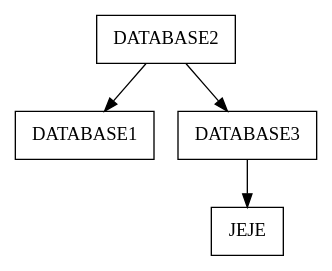
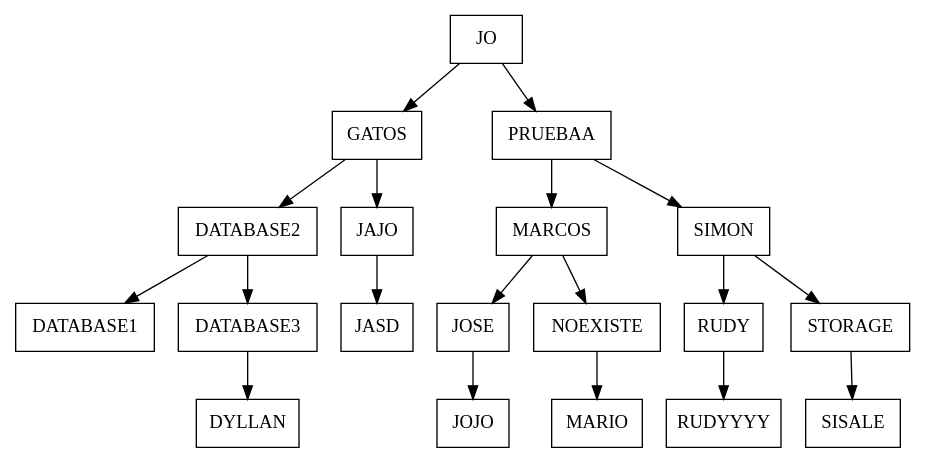
The diagram in bases.dot (AaronGMG2000/Vacaciones_Diciembre_ProyectoEDD), drawn with Graphviz before and after one commit. The commit also changed 7 other files, not shown here.

```diff
--- a/bases.dot
+++ b/bases.dot
@@ -1,11 +1,41 @@
 digraph dibujo{
 graph [ordering="out"];rankdir=TB;
 node [shape = box];
+NodoJO [label = "JO"];
+NodoGATOS [label = "GATOS"];
 NodoDATABASE2 [label = "DATABASE2"];
 NodoDATABASE1 [label = "DATABASE1"];
 NodoDATABASE3 [label = "DATABASE3"];
-NodoJEJE [label = "JEJE"];
+NodoDYLLAN [label = "DYLLAN"];
+NodoJAJO [label = "JAJO"];
+NodoJASD [label = "JASD"];
+NodoPRUEBAA [label = "PRUEBAA"];
+NodoMARCOS [label = "MARCOS"];
+NodoJOSE [label = "JOSE"];
+NodoJOJO [label = "JOJO"];
+NodoNOEXISTE [label = "NOEXISTE"];
+NodoMARIO [label = "MARIO"];
+NodoSIMON [label = "SIMON"];
+NodoRUDY [label = "RUDY"];
+NodoRUDYYYY [label = "RUDYYYY"];
+NodoSTORAGE [label = "STORAGE"];
+NodoSISALE [label = "SISALE"];
+NodoJO->NodoGATOS;
+NodoJO->NodoPRUEBAA;
+NodoGATOS->NodoDATABASE2;
+NodoGATOS->NodoJAJO;
 NodoDATABASE2->NodoDATABASE1;
 NodoDATABASE2->NodoDATABASE3;
-NodoDATABASE3->NodoJEJE;
+NodoDATABASE3->NodoDYLLAN;
+NodoJAJO->NodoJASD;
+NodoPRUEBAA->NodoMARCOS;
+NodoPRUEBAA->NodoSIMON;
+NodoMARCOS->NodoJOSE;
+NodoMARCOS->NodoNOEXISTE;
+NodoJOSE->NodoJOJO;
+NodoNOEXISTE->NodoMARIO;
+NodoSIMON->NodoRUDY;
+NodoSIMON->NodoSTORAGE;
+NodoRUDY->NodoRUDYYYY;
+NodoSTORAGE->NodoSISALE;
 }
```
